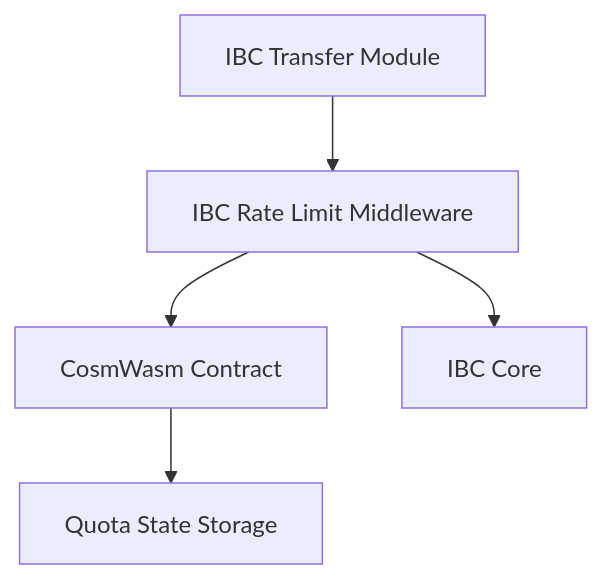
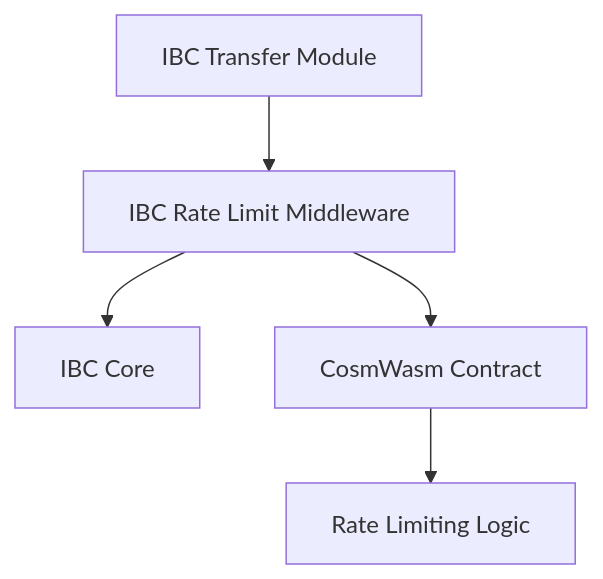
One commit to neutron-org/neutron-docs changed the diagram in developers/modules/ibc-rate-limit/explanation.mdx. Above: the diagram before and after it, drawn with Mermaid. The commit also changed other lines of this file and 3 other files, not shown here.

First line of the commit message:
audit: achieve 100% accuracy for IBC Rate Limit module documentation

````diff
--- a/developers/modules/ibc-rate-limit/explanation.mdx
+++ b/developers/modules/ibc-rate-limit/explanation.mdx
@@ -19,7 +15,7 @@
 ```mermaid
 graph TD
     A[IBC Transfer Module] --> B[IBC Rate Limit Middleware]
-    B --> C[CosmWasm Contract]
-    B --> D[IBC Core]
-    C --> E[Quota State Storage]
+    B --> C[IBC Core]
+    B --> D[CosmWasm Contract]
+    D --> E[Rate Limiting Logic]
 ```
````
